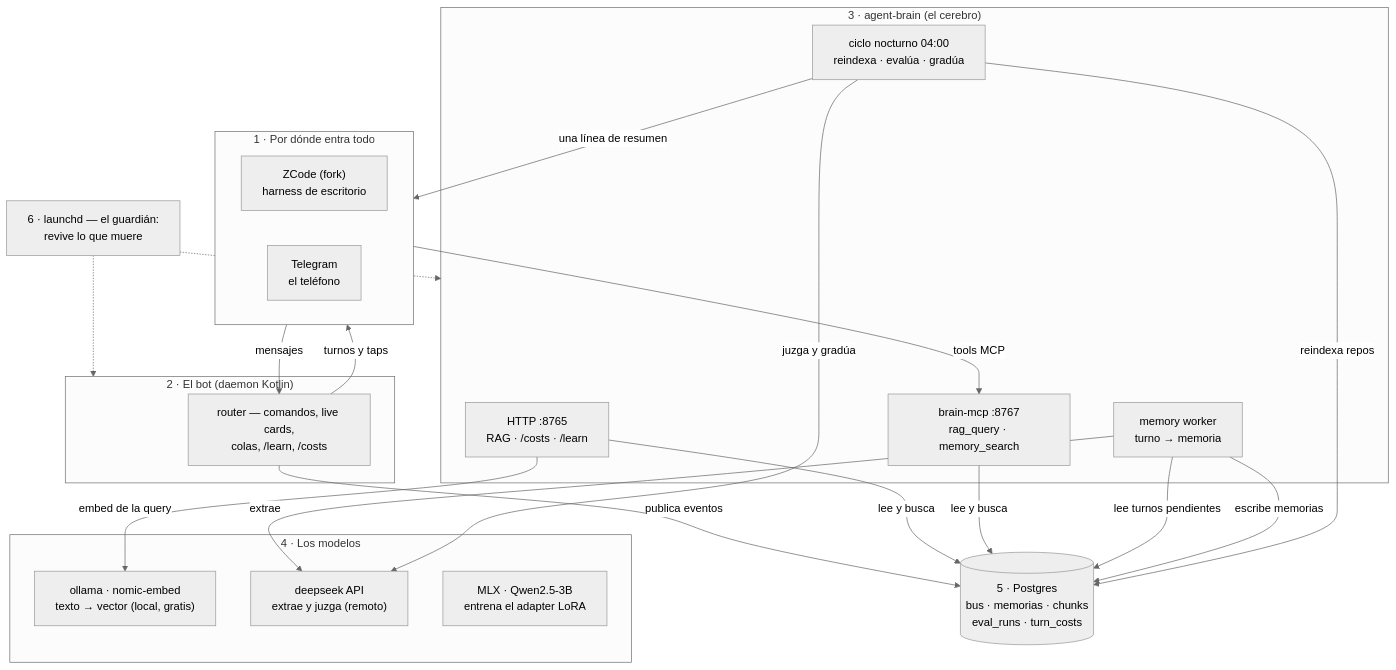
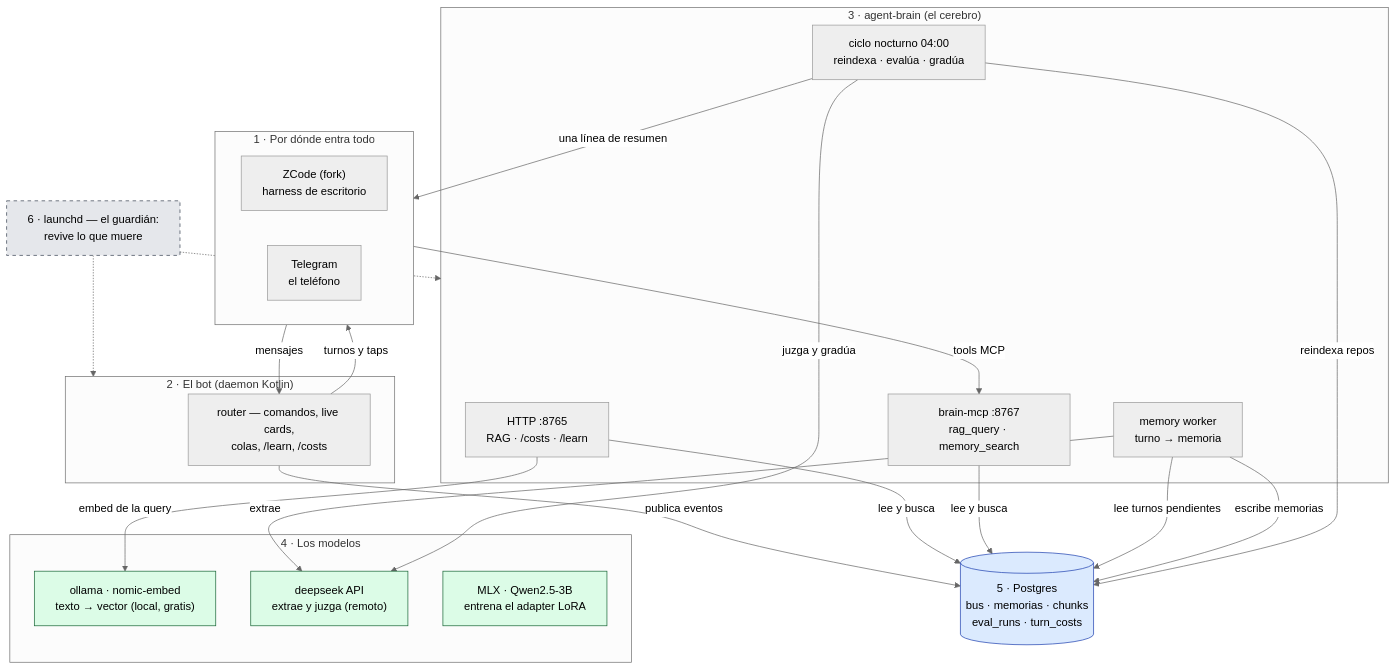
The first of 7 diagrams in docs/ai-engineering-mapa-y-diccionario.md (damian-rafael-lattenero/agent-brain), drawn with Mermaid (neutral theme) before and after one commit. The commit also changed other lines of this file, not shown here.

````diff
--- a/docs/ai-engineering-mapa-y-diccionario.md
+++ b/docs/ai-engineering-mapa-y-diccionario.md
@@ -178,44 +201,51 @@
 ```mermaid
 flowchart TB
     subgraph entry["1 · Por dónde entra todo"]
         direction LR
         ZC["ZCode (fork)<br/>harness de escritorio"]
         TG["Telegram<br/>el teléfono"]
     end
 
     subgraph botbox["2 · El bot (daemon Kotlin)"]
         RT["router — comandos, live cards,<br/>colas, /learn, /costs"]
     end
 
     subgraph brainbox["3 · agent-brain (el cerebro)"]
         HTTP["HTTP :8765<br/>RAG · /costs · /learn"]
         MCPB["brain-mcp :8767<br/>rag_query · memory_search"]
         WORKER["memory worker<br/>turno → memoria"]
         NIGHTLY["ciclo nocturno 04:00<br/>reindexa · evalúa · gradúa"]
     end
 
     subgraph modelbox["4 · Los modelos"]
         NOMIC["ollama · nomic-embed<br/>texto → vector (local, gratis)"]
         DEEP["deepseek API<br/>extrae y juzga (remoto)"]
         MLXB["MLX · Qwen2.5-3B<br/>entrena el adapter LoRA"]
     end
 
     PG[("5 · Postgres<br/>bus · memorias · chunks<br/>eval_runs · turn_costs")]
     LAUNCHD["6 · launchd — el guardián:<br/>revive lo que muere"]
 
     TG -->|"mensajes"| RT
     RT -->|"turnos y taps"| ZC
     RT -->|"publica eventos"| PG
     ZC -->|"tools MCP"| MCPB
     HTTP -->|"lee y busca"| PG
     MCPB -->|"lee y busca"| PG
     WORKER -->|"lee turnos pendientes"| PG
     WORKER -->|"extrae"| DEEP
     WORKER -->|"escribe memorias"| PG
     NIGHTLY -->|"reindexa repos"| PG
     NIGHTLY -->|"juzga y gradúa"| DEEP
     NIGHTLY -->|"una línea de resumen"| TG
     HTTP -->|"embed de la query"| NOMIC
     LAUNCHD -.-> botbox
     LAUNCHD -.-> brainbox
+
+    classDef data fill:#dbeafe,stroke:#1e40af
+    classDef model fill:#dcfce7,stroke:#166534
+    classDef guardian fill:#e5e7eb,stroke:#374151,stroke-dasharray: 5 5
+    class PG data
+    class NOMIC,DEEP,MLXB model
+    class LAUNCHD guardian
 ```
````
